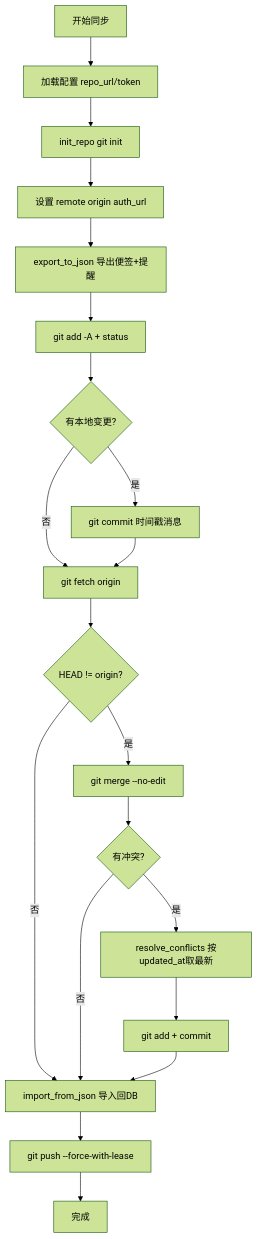
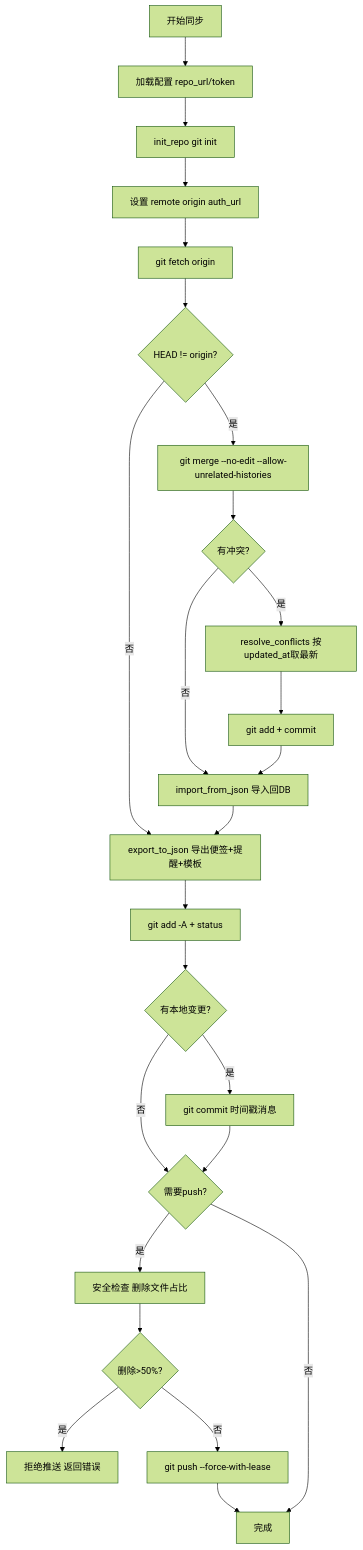
Before and after one commit to Tonys-L/Tie: the first of 4 diagrams in docs/knowledge-base/flows.md, drawn with Mermaid (forest theme). The commit also changed other lines of this file and 10 other files, not shown here.

````diff
--- a/docs/knowledge-base/flows.md
+++ b/docs/knowledge-base/flows.md
@@ -15,22 +15,27 @@
 ```mermaid
 flowchart TD
     A[开始同步] --> B[加载配置 repo_url/token]
     B --> C[init_repo git init]
     C --> D[设置 remote origin auth_url]
-    D --> E[export_to_json 导出便签+提醒]
-    E --> F[git add -A + status]
-    F --> G{有本地变更?}
-    G -->|是| H[git commit 时间戳消息]
-    G -->|否| I[git fetch origin]
-    H --> I
-    I --> J{HEAD != origin?}
-    J -->|否| K[import_from_json 导入回DB]
-    J -->|是| L[git merge --no-edit]
-    L --> M{有冲突?}
-    M -->|是| N[resolve_conflicts 按updated_at取最新]
-    N --> O[git add + commit]
-    M -->|否| K
-    O --> K
-    K --> P[git push --force-with-lease]
-    P --> Q[完成]
+    D --> E[git fetch origin]
+    E --> F{HEAD != origin?}
+    F -->|否| G[export_to_json 导出便签+提醒+模板]
+    F -->|是| H[git merge --no-edit --allow-unrelated-histories]
+    H --> I{有冲突?}
+    I -->|是| J[resolve_conflicts 按updated_at取最新]
+    J --> K[git add + commit]
+    I -->|否| L[import_from_json 导入回DB]
+    K --> L
+    L --> G
+    G --> M[git add -A + status]
+    M --> N{有本地变更?}
+    N -->|是| O[git commit 时间戳消息]
+    N -->|否| P{需要push?}
+    O --> P
+    P -->|是| Q[安全检查 删除文件占比]
+    Q --> R{删除>50%?}
+    R -->|是| S[拒绝推送 返回错误]
+    R -->|否| T[git push --force-with-lease]
+    T --> U[完成]
+    P -->|否| U
 ```
````
